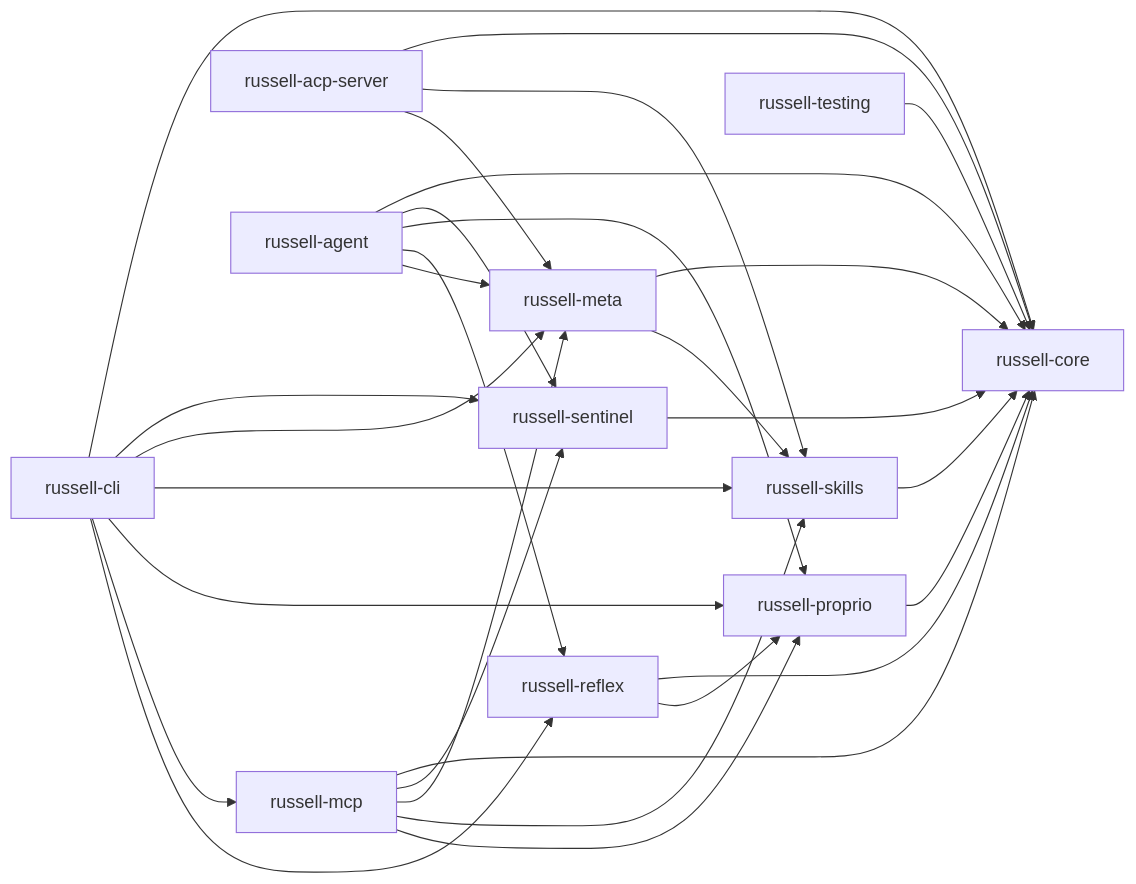
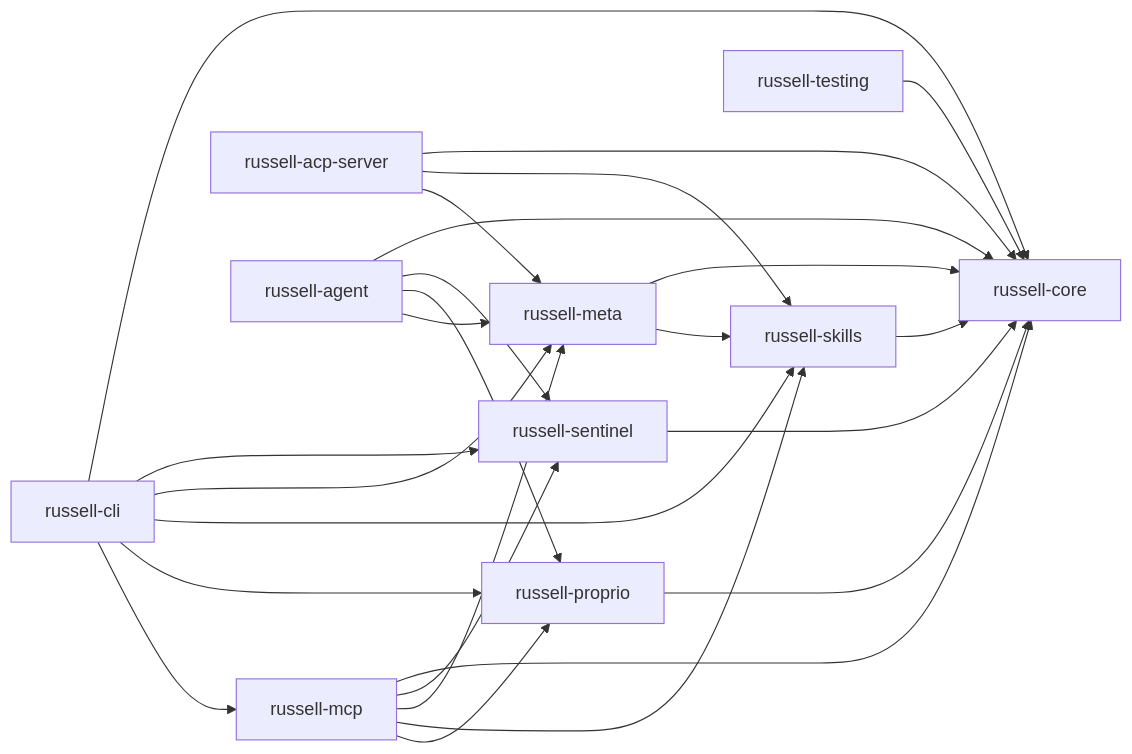
Before and after one commit to mdz-axo/russell: the second of 2 diagrams in docs/architecture/overview.md, drawn with Mermaid. The commit also changed other lines of this file and 26 other files, not shown here.

````diff
--- a/docs/architecture/overview.md
+++ b/docs/architecture/overview.md
@@ -107,25 +107,23 @@
 ```mermaid
 flowchart LR
   CORE[russell-core]
   SENTINEL[russell-sentinel]
   META[russell-meta]
   SKILLS[russell-skills]
   MCP[russell-mcp]
   PROPRIO[russell-proprio]
   CLI[russell-cli]
   ACP[russell-acp-server]
   AGENT[russell-agent]
-  REFLEX[russell-reflex]
   TESTING[russell-testing]
 
   SENTINEL --> CORE
   SKILLS --> CORE
   META --> CORE & SKILLS
   PROPRIO --> CORE
-  REFLEX --> CORE & PROPRIO
   MCP --> CORE & SENTINEL & META & SKILLS & PROPRIO
   ACP --> CORE & SKILLS & META
-  AGENT --> CORE & SENTINEL & PROPRIO & REFLEX & META
-  CLI --> CORE & SENTINEL & META & SKILLS & PROPRIO & MCP & REFLEX
+  AGENT --> CORE & SENTINEL & PROPRIO & META
+  CLI --> CORE & SENTINEL & META & SKILLS & PROPRIO & MCP
   TESTING --> CORE
 ```
````
